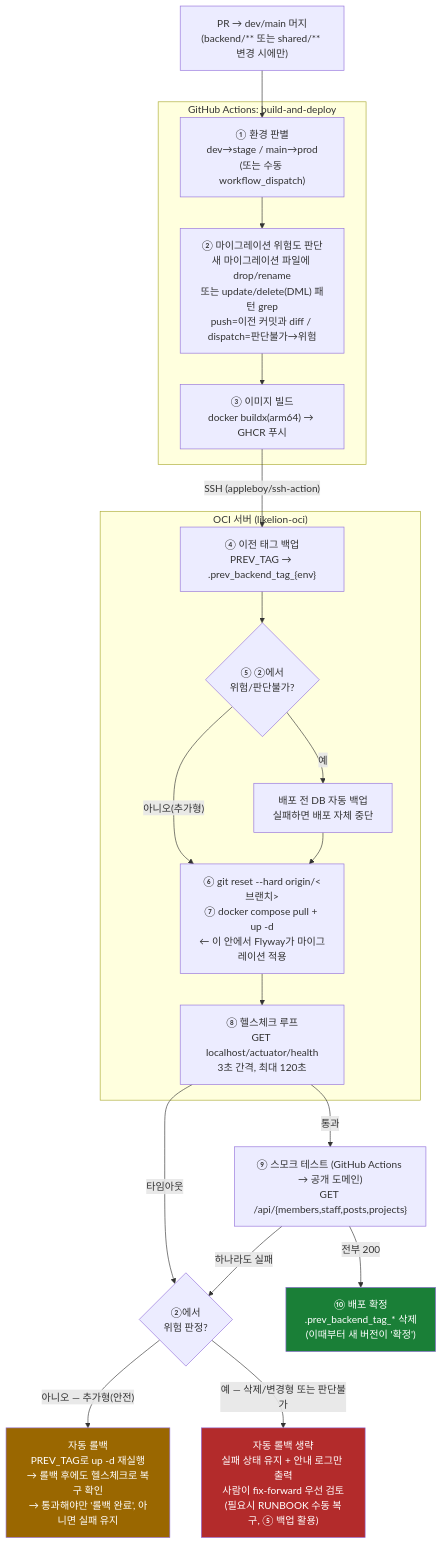
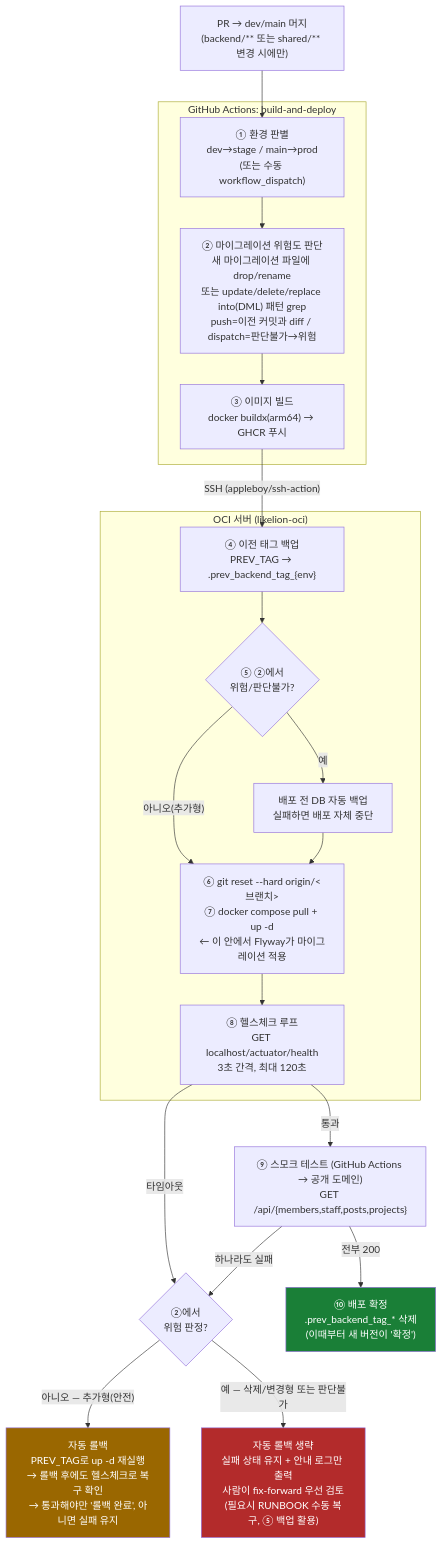
The diagram in infra/docs/CI-CD.md (likelion-khu-official/website), drawn with Mermaid before and after one commit. The commit also changed other lines of this file and 2 other files, not shown here.

Commit message:
fix(infra): #320 마이그레이션 위험도 판단에 INSERT OR REPLACE/REPLACE INTO 포함
INSERT는 기존 행을 안 건드린다는 가정으로 계속 안전 취급해왔는데,
INSERT OR REPLACE/REPLACE INTO는 이름만 INSERT지 PK/UNIQUE 충돌 시
기존 행을 지우고 새로 넣는 사실상 DELETE+INSERT다 — UPDATE/DELETE와
같은 급의 되돌릴 수 없는 데이터 변경이라 같은 destructive 취급으로 추가.
INSERT OR IGNORE(충돌 시 건너뜀, 기존 행 안 건드림)는 계속 안전 취급.

````diff
--- a/infra/docs/CI-CD.md
+++ b/infra/docs/CI-CD.md
@@ -9,35 +9,35 @@
 ```mermaid
 flowchart TD
     Trigger["PR → dev/main 머지<br/>(backend/** 또는 shared/** 변경 시에만)"] --> S1
 
     subgraph GHA["GitHub Actions: build-and-deploy"]
         S1["① 환경 판별<br/>dev→stage / main→prod<br/>(또는 수동 workflow_dispatch)"] --> S2
-        S2["② 마이그레이션 위험도 판단<br/>새 마이그레이션 파일에 drop/rename<br/>또는 update/delete(DML) 패턴 grep<br/>push=이전 커밋과 diff / dispatch=판단불가→위험"] --> S3
+        S2["② 마이그레이션 위험도 판단<br/>새 마이그레이션 파일에 drop/rename<br/>또는 update/delete/replace into(DML) 패턴 grep<br/>push=이전 커밋과 diff / dispatch=판단불가→위험"] --> S3
         S3["③ 이미지 빌드<br/>docker buildx(arm64) → GHCR 푸시"]
     end
 
     S3 -->|"SSH (appleboy/ssh-action)"| S4
 
     subgraph OCI["OCI 서버 (likelion-oci)"]
         S4["④ 이전 태그 백업<br/>PREV_TAG → .prev_backend_tag_{env}"] --> Risky{"⑤ ②에서<br/>위험/판단불가?"}
         Risky -->|"예"| Backup["배포 전 DB 자동 백업<br/>실패하면 배포 자체 중단"]
         Risky -->|"아니오(추가형)"| S7
         Backup --> S7
         S7["⑥ git reset --hard origin/&lt;브랜치&gt;<br/>⑦ docker compose pull + up -d<br/>← 이 안에서 Flyway가 마이그레이션 적용"] --> S8
         S8["⑧ 헬스체크 루프<br/>GET localhost/actuator/health<br/>3초 간격, 최대 120초"]
     end
 
     S8 -->|"통과"| Smoke
     S8 -->|"타임아웃"| Failed{"②에서<br/>위험 판정?"}
 
     Smoke["⑨ 스모크 테스트 (GitHub Actions → 공개 도메인)<br/>GET /api/{members,staff,posts,projects}"]
     Smoke -->|"전부 200"| Confirm["⑩ 배포 확정<br/>.prev_backend_tag_* 삭제<br/>(이때부터 새 버전이 '확정')"]
     Smoke -->|"하나라도 실패"| Failed
 
     Failed -->|"아니오 — 추가형(안전)"| Rollback["자동 롤백<br/>PREV_TAG로 up -d 재실행<br/>→ 롤백 후에도 헬스체크로 복구 확인<br/>→ 통과해야만 '롤백 완료', 아니면 실패 유지"]
     Failed -->|"예 — 삭제/변경형 또는 판단불가"| Manual["자동 롤백 생략<br/>실패 상태 유지 + 안내 로그만 출력<br/>사람이 fix-forward 우선 검토<br/>(필요시 RUNBOOK 수동 복구, ⑤ 백업 활용)"]
 
     style Confirm fill:#1a7f37,color:#fff
     style Rollback fill:#9a6700,color:#fff
     style Manual fill:#b32b2b,color:#fff
 ```
````
